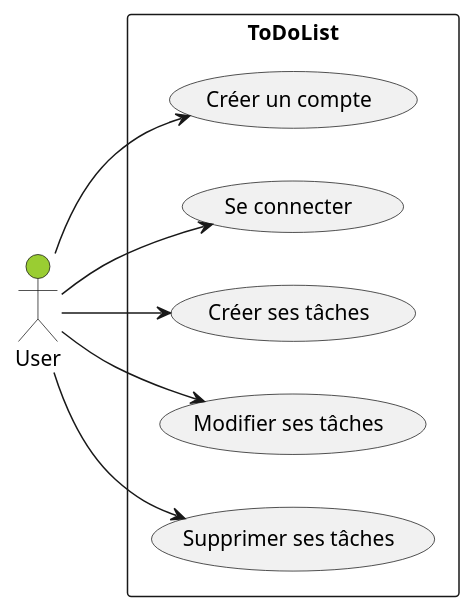
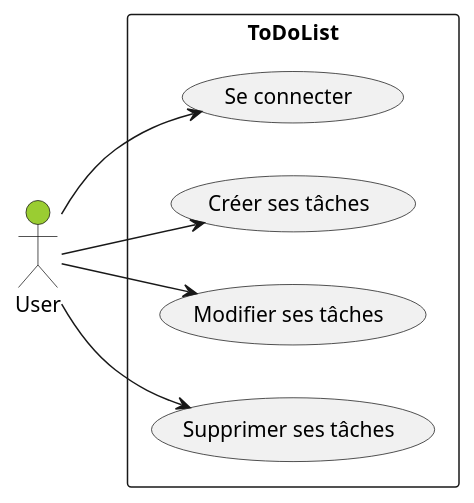
The diagram in public/docs/uml-diagrams/UserCase/User.puml (laurasullyalexandrine/todolist-v2), drawn with PlantUML before and after one commit. The commit also changed 1 other file, not shown here.

Commit message:
updating user cases

```diff
--- a/public/docs/uml-diagrams/UserCase/User.puml
+++ b/public/docs/uml-diagrams/UserCase/User.puml
@@ -1,23 +1,21 @@
 @startuml User
 
 left to right direction
 
 actor "User" as user #YellowGreen
 
 rectangle ToDoList {
 
-  usecase "Créer un compte" as UC1
-  usecase "Se connecter" as UC2
-  usecase "Créer ses tâches" as UC3
-  usecase "Modifier ses tâches" as UC4
-  usecase "Supprimer ses tâches" as UC5
+  usecase "Se connecter" as UC1
+  usecase "Créer ses tâches" as UC2
+  usecase "Modifier ses tâches" as UC3
+  usecase "Supprimer ses tâches" as UC4
 
 }
 
 user --> UC1
 user --> UC2
 user --> UC3
 user --> UC4
-user --> UC5
 
 @enduml
```
